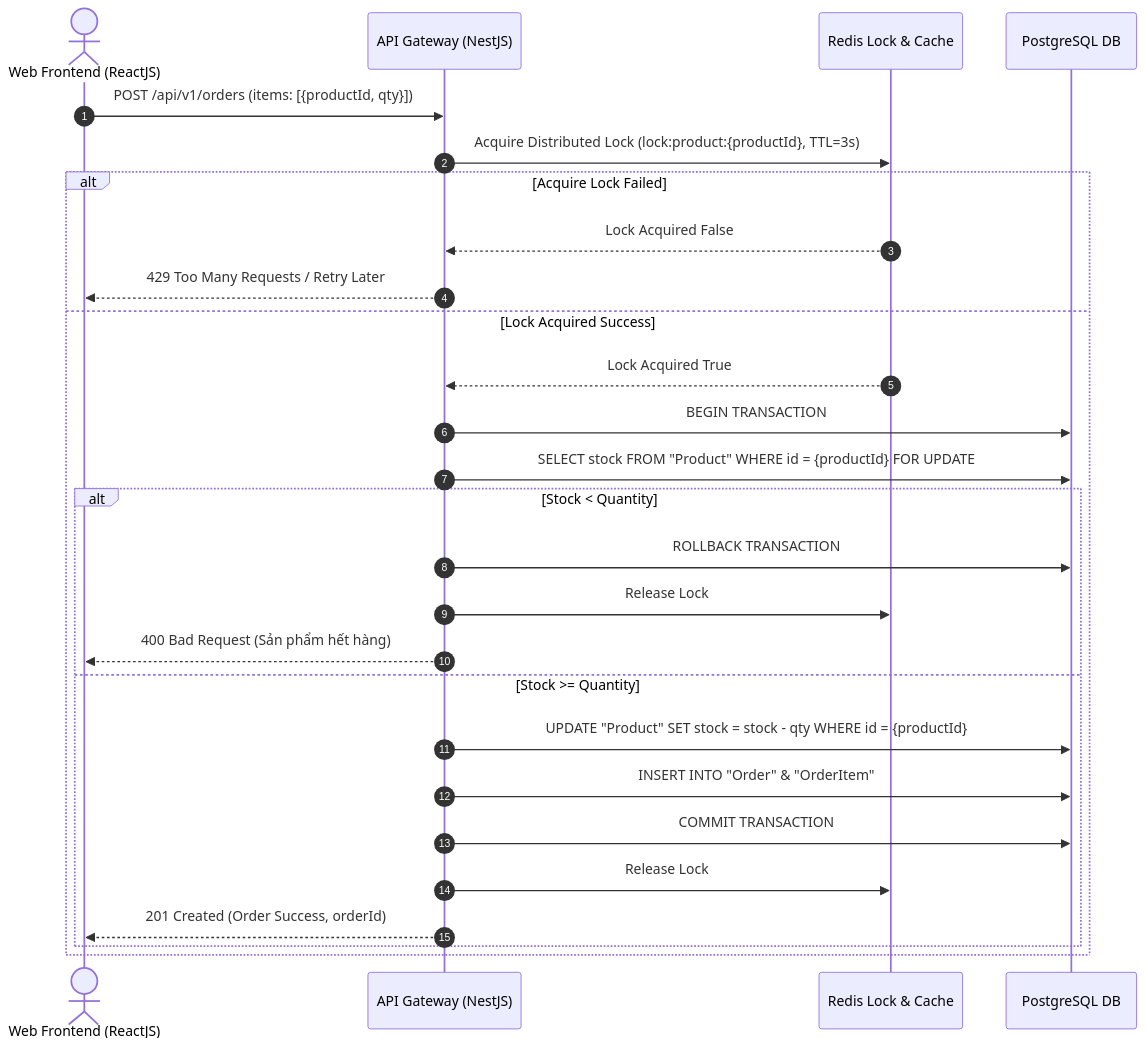
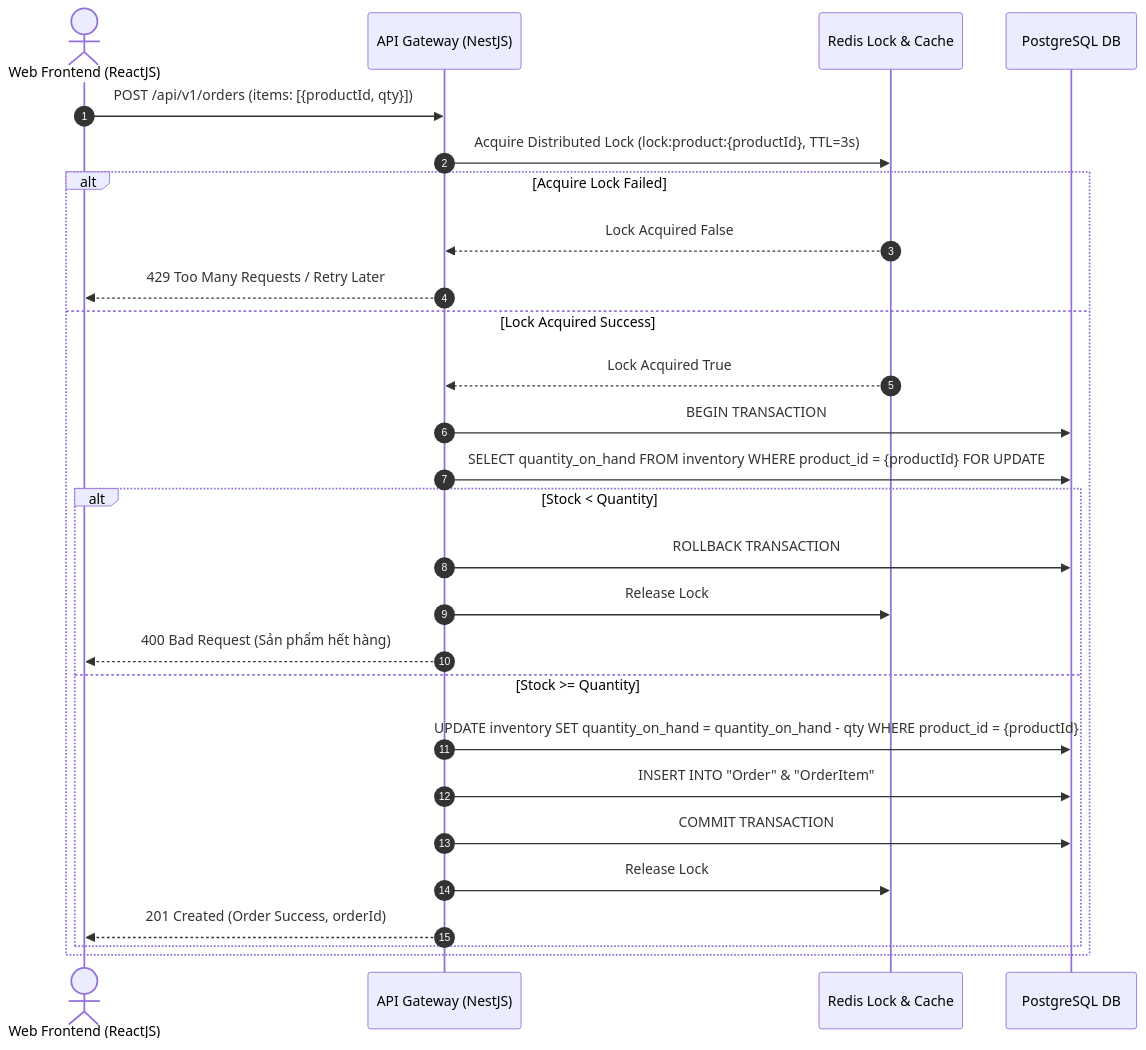
One commit to MinhQuy54/ScentedCandles changed the first of 5 diagrams in docs/BMAD_ARCHITECTURE_AND_ROADMAP.md. Above: the diagram before and after it, drawn with Mermaid. The commit also changed other lines of this file and 93 other files, not shown here.

````diff
--- a/docs/BMAD_ARCHITECTURE_AND_ROADMAP.md
+++ b/docs/BMAD_ARCHITECTURE_AND_ROADMAP.md
@@ -70,30 +70,30 @@
 ```mermaid
 sequenceDiagram
     autonumber
     actor Client as Web Frontend (ReactJS)
     participant GW as API Gateway (NestJS)
     participant Redis as Redis Lock & Cache
     participant DB as PostgreSQL DB
 
     Client->>GW: POST /api/v1/orders (items: [{productId, qty}])
     GW->>Redis: Acquire Distributed Lock (lock:product:{productId}, TTL=3s)
     alt Acquire Lock Failed
         Redis-->>GW: Lock Acquired False
         GW-->>Client: 429 Too Many Requests / Retry Later
     else Lock Acquired Success
         Redis-->>GW: Lock Acquired True
         GW->>DB: BEGIN TRANSACTION
-        GW->>DB: SELECT stock FROM "Product" WHERE id = {productId} FOR UPDATE
+        GW->>DB: SELECT quantity_on_hand FROM inventory WHERE product_id = {productId} FOR UPDATE
         alt Stock < Quantity
             GW->>DB: ROLLBACK TRANSACTION
             GW->>Redis: Release Lock
             GW-->>Client: 400 Bad Request (Sản phẩm hết hàng)
         else Stock >= Quantity
-            GW->>DB: UPDATE "Product" SET stock = stock - qty WHERE id = {productId}
+            GW->>DB: UPDATE inventory SET quantity_on_hand = quantity_on_hand - qty WHERE product_id = {productId}
             GW->>DB: INSERT INTO "Order" & "OrderItem"
             GW->>DB: COMMIT TRANSACTION
             GW->>Redis: Release Lock
             GW-->>Client: 201 Created (Order Success, orderId)
         end
     end
 ```
````
